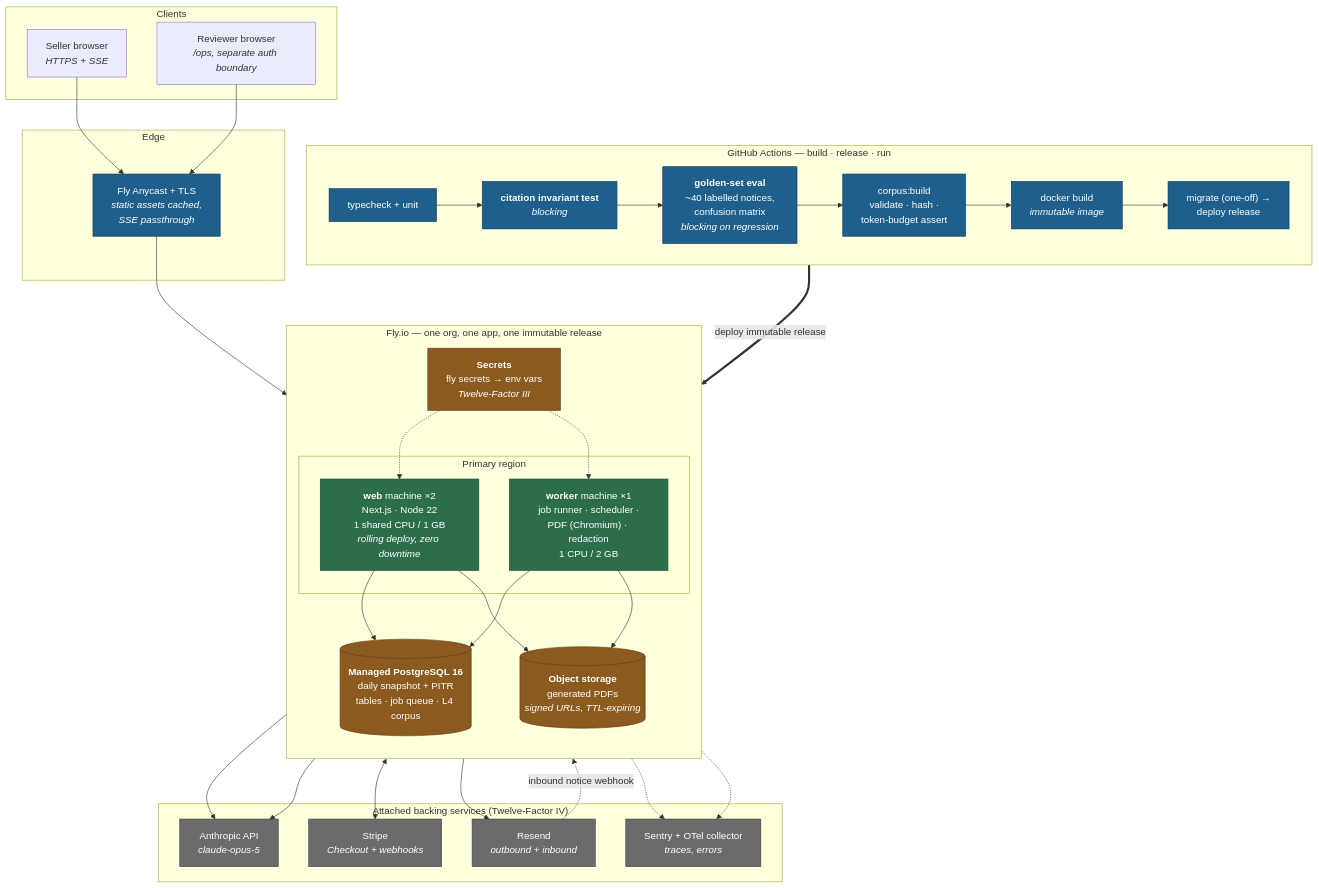
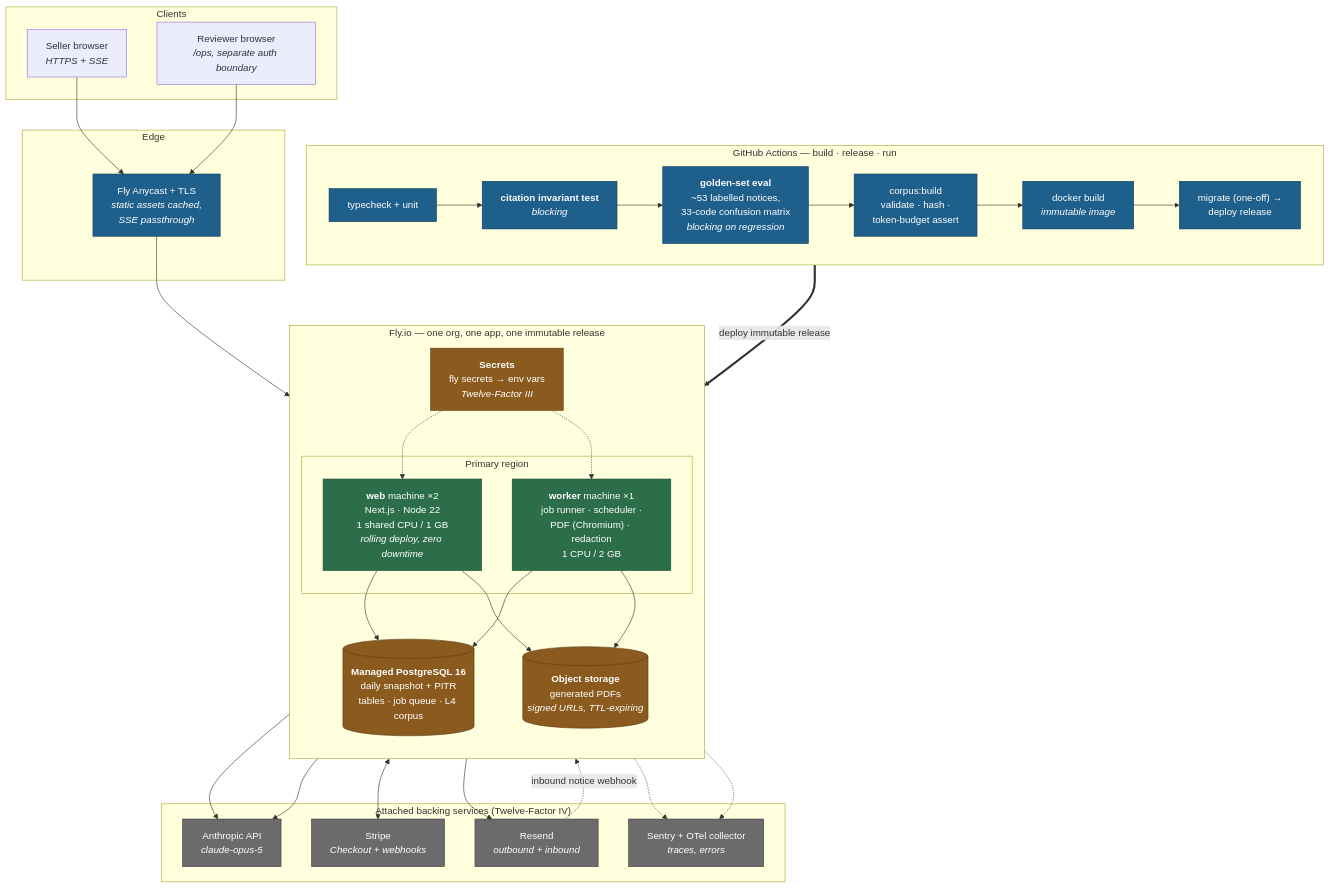
The fourth of 4 diagrams in phase-2-build/architecture/ARCHITECTURE.md (ozore/Octopus), drawn with Mermaid before and after one commit. The commit also changed other lines of this file and 8 other files, not shown here.

````diff
--- a/phase-2-build/architecture/ARCHITECTURE.md
+++ b/phase-2-build/architecture/ARCHITECTURE.md
@@ -461,60 +461,60 @@
 ```mermaid
 flowchart TB
     subgraph clients["Clients"]
         browser["Seller browser<br/><i>HTTPS + SSE</i>"]
         opsb["Reviewer browser<br/><i>/ops, separate auth boundary</i>"]
     end
 
     subgraph edge["Edge"]
         cdn["Fly Anycast + TLS<br/><i>static assets cached,<br/>SSE passthrough</i>"]
     end
 
     subgraph fly["Fly.io — one org, one app, one immutable release"]
         direction TB
         subgraph reg["Primary region"]
             w1["<b>web</b> machine ×2<br/>Next.js · Node 22<br/>1 shared CPU / 1 GB<br/><i>rolling deploy, zero downtime</i>"]
             k1["<b>worker</b> machine ×1<br/>job runner · scheduler ·<br/>PDF (Chromium) · redaction<br/>1 CPU / 2 GB"]
         end
         pg[("<b>Managed PostgreSQL 16</b><br/>daily snapshot + PITR<br/>tables · job queue · L4 corpus")]
         obj[("<b>Object storage</b><br/>generated PDFs<br/><i>signed URLs, TTL-expiring</i>")]
         sec["<b>Secrets</b><br/>fly secrets → env vars<br/><i>Twelve-Factor III</i>"]
     end
 
     subgraph ci["GitHub Actions — build · release · run"]
         direction LR
-        b1["typecheck + unit"] --> b2["<b>citation invariant test</b><br/><i>blocking</i>"] --> b3["<b>golden-set eval</b><br/>~40 labelled notices,<br/>confusion matrix<br/><i>blocking on regression</i>"] --> b4["corpus:build<br/>validate · hash ·<br/>token-budget assert"] --> b5["docker build<br/><i>immutable image</i>"] --> b6["migrate (one-off) →<br/>deploy release"]
+        b1["typecheck + unit"] --> b2["<b>citation invariant test</b><br/><i>blocking</i>"] --> b3["<b>golden-set eval</b><br/>~53 labelled notices,<br/>33-code confusion matrix<br/><i>blocking on regression</i>"] --> b4["corpus:build<br/>validate · hash ·<br/>token-budget assert"] --> b5["docker build<br/><i>immutable image</i>"] --> b6["migrate (one-off) →<br/>deploy release"]
     end
 
     subgraph saas["Attached backing services (Twelve-Factor IV)"]
         an["Anthropic API<br/><i>claude-opus-5</i>"]
         st["Stripe<br/><i>Checkout + webhooks</i>"]
         rs["Resend<br/><i>outbound + inbound</i>"]
         sn["Sentry + OTel collector<br/><i>traces, errors</i>"]
     end
 
     browser --> cdn --> w1
     opsb --> cdn
     w1 --> pg
     k1 --> pg
     k1 --> obj
     w1 --> obj
     sec -.-> w1
     sec -.-> k1
     w1 --> an
     k1 --> an
     w1 <--> st
     k1 --> rs
     rs -.->|"inbound notice webhook"| w1
     w1 -.-> sn
     k1 -.-> sn
     b6 ==>|"deploy immutable release"| fly
 
     classDef proc fill:#2c6e49,stroke:#194d31,color:#fff
     classDef store fill:#8b5a1f,stroke:#5c3c14,color:#fff
     classDef ext fill:#6b6b6b,stroke:#3d3d3d,color:#fff
     classDef pipe fill:#1f5f8b,stroke:#0d3b57,color:#fff
     class w1,k1 proc
     class pg,obj,sec store
     class an,st,rs,sn ext
     class b1,b2,b3,b4,b5,b6,cdn pipe
 ```
````
